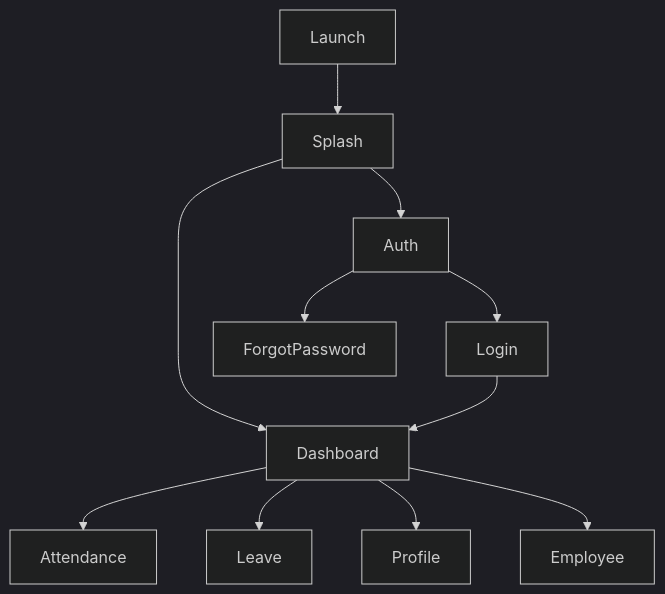
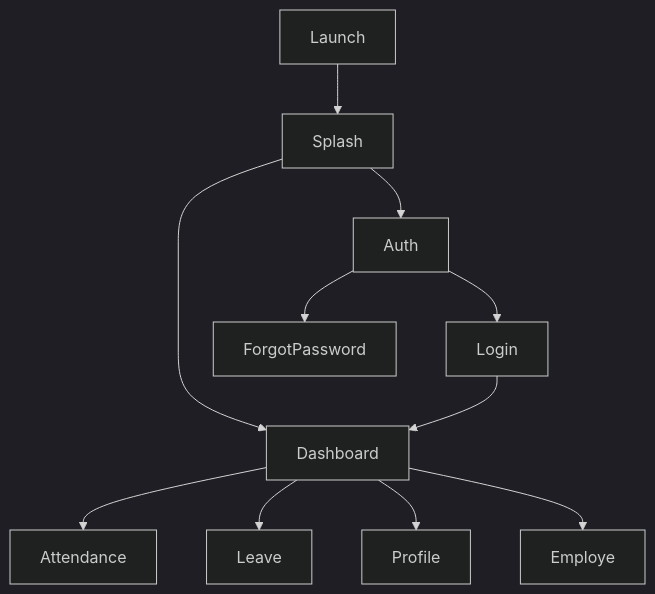
The second of 13 diagrams in Architecture (1).md (project-hrms-creators/HRMS-PORTAL), drawn with Mermaid (dark theme) before and after one commit.

Commit message:
Fix typo in navigation flow from "Employee" to "Employe"

````diff
--- a/Architecture (1).md
+++ b/Architecture (1).md
@@ -290,19 +290,19 @@
 ```mermaid
 flowchart TD
 
 Launch --> Splash
 
 Splash --> Auth
 
 Splash --> Dashboard
 
 Auth --> Login
 Auth --> ForgotPassword
 
 Login --> Dashboard
 
 Dashboard --> Attendance
 Dashboard --> Leave
 Dashboard --> Profile
-Dashboard --> Employee
+Dashboard --> Employe
 ```
````
